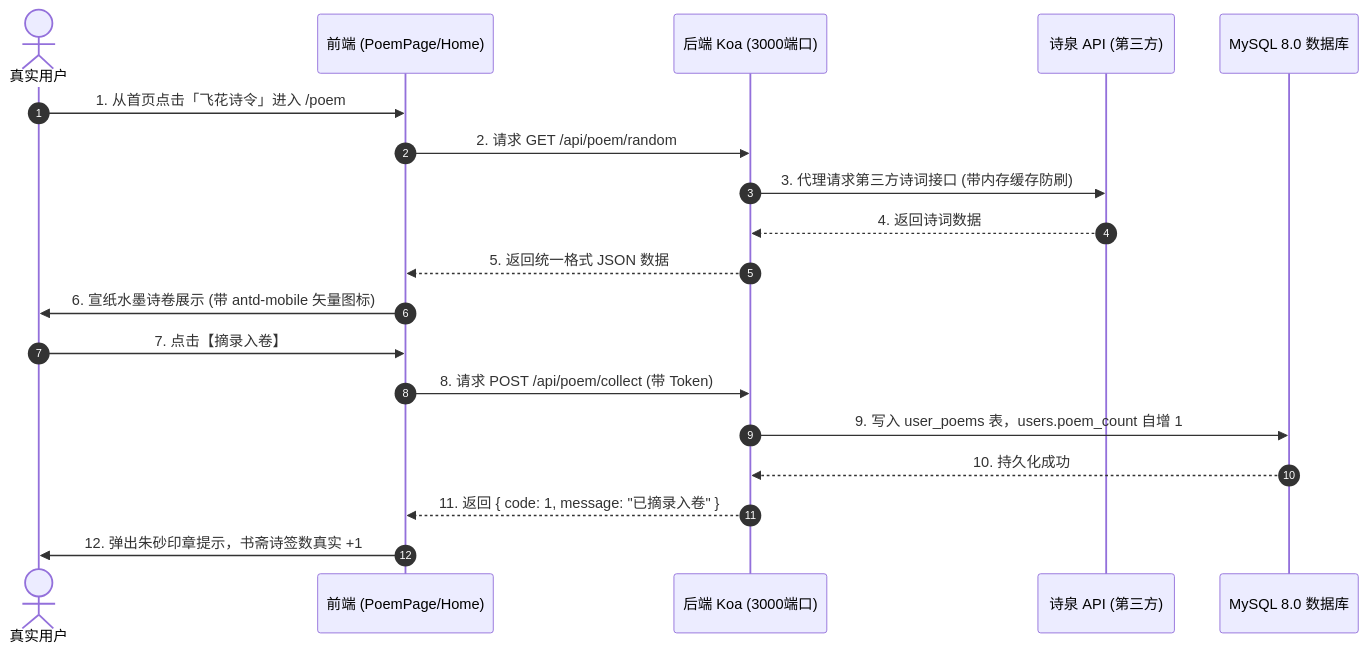
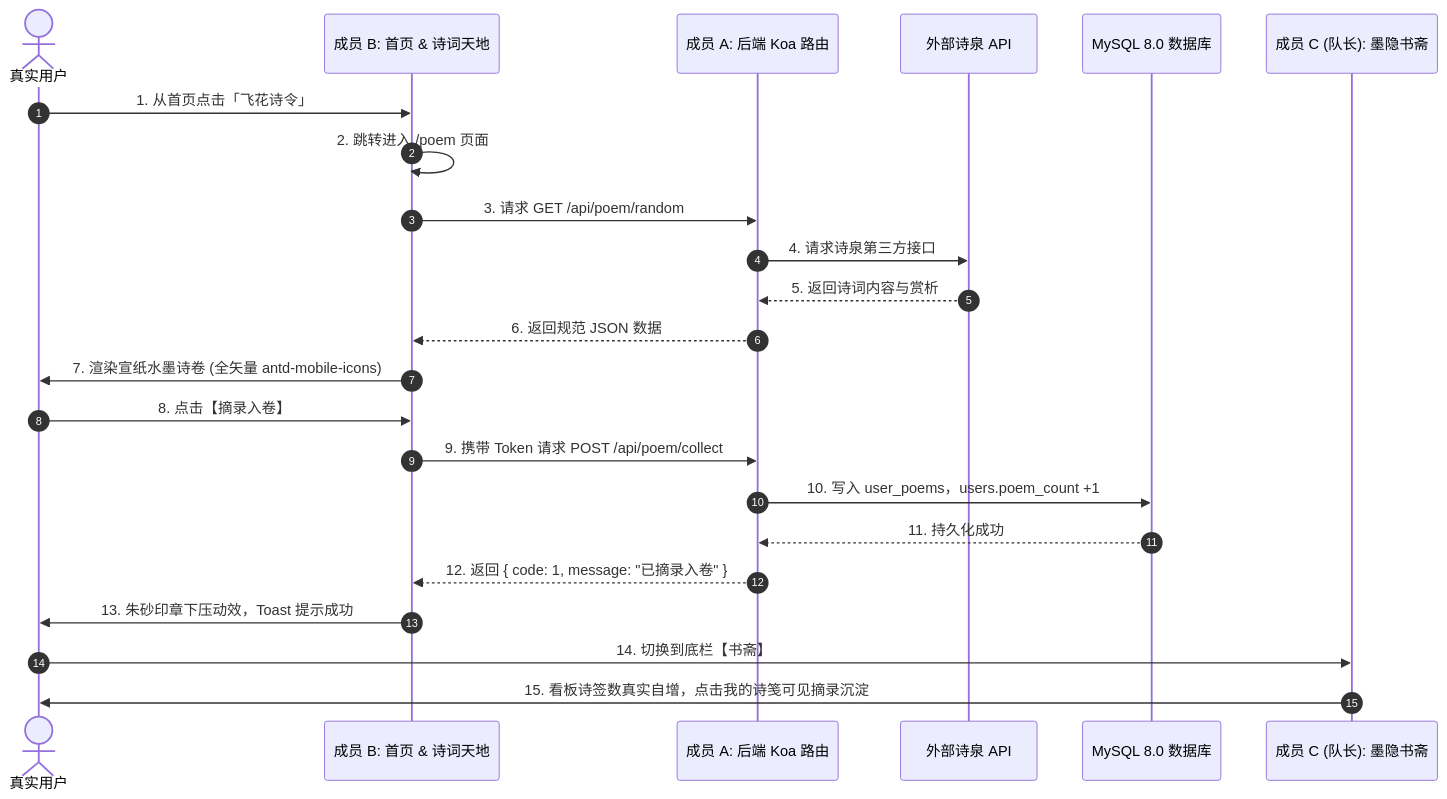
The diagram in docs/TRD_DAY1.md (lakiday404/sino-wind), drawn with Mermaid before and after one commit. The commit also changed other lines of this file and 1 other file, not shown here.

Commit message:
docs(trd): 从队长兼成员C第一人称视角重构Day 1 TRD，确立图标铁律与缺陷必修清单

````diff
--- a/docs/TRD_DAY1.md
+++ b/docs/TRD_DAY1.md
@@ -103,22 +142,26 @@
 ```mermaid
 sequenceDiagram
     autonumber
     actor User as 真实用户
-    participant Front as 前端 (PoemPage/Home)
-    participant Back as 后端 Koa (3000端口)
-    participant PoemAPI as 诗泉 API (第三方)
+    participant Front as 成员 B: 首页 & 诗词天地
+    participant Back as 成员 A: 后端 Koa 路由
+    participant PoemAPI as 外部诗泉 API
     participant DB as MySQL 8.0 数据库
+    participant Mine as 成员 C (队长): 墨隐书斋
 
-    User->>Front: 1. 从首页点击「飞花诗令」进入 /poem
-    Front->>Back: 2. 请求 GET /api/poem/random
-    Back->>PoemAPI: 3. 代理请求第三方诗词接口 (带内存缓存防刷)
-    PoemAPI-->>Back: 4. 返回诗词数据
-    Back-->>Front: 5. 返回统一格式 JSON 数据
-    Front->>User: 6. 宣纸水墨诗卷展示 (带 antd-mobile 矢量图标)
-    User->>Front: 7. 点击【摘录入卷】
-    Front->>Back: 8. 请求 POST /api/poem/collect (带 Token)
-    Back->>DB: 9. 写入 user_poems 表，users.poem_count 自增 1
-    DB-->>Back: 10. 持久化成功
-    Back-->>Front: 11. 返回 { code: 1, message: "已摘录入卷" }
-    Front->>User: 12. 弹出朱砂印章提示，书斋诗签数真实 +1
+    User->>Front: 1. 从首页点击「飞花诗令」
+    Front->>Front: 2. 跳转进入 /poem 页面
+    Front->>Back: 3. 请求 GET /api/poem/random
+    Back->>PoemAPI: 4. 请求诗泉第三方接口
+    PoemAPI-->>Back: 5. 返回诗词内容与赏析
+    Back-->>Front: 6. 返回规范 JSON 数据
+    Front->>User: 7. 渲染宣纸水墨诗卷 (全矢量 antd-mobile-icons)
+    User->>Front: 8. 点击【摘录入卷】
+    Front->>Back: 9. 携带 Token 请求 POST /api/poem/collect
+    Back->>DB: 10. 写入 user_poems，users.poem_count +1
+    DB-->>Back: 11. 持久化成功
+    Back-->>Front: 12. 返回 { code: 1, message: "已摘录入卷" }
+    Front->>User: 13. 朱砂印章下压动效，Toast 提示成功
+    User->>Mine: 14. 切换到底栏【书斋】
+    Mine->>User: 15. 看板诗签数真实自增，点击我的诗笺可见摘录沉淀
 ```
````
